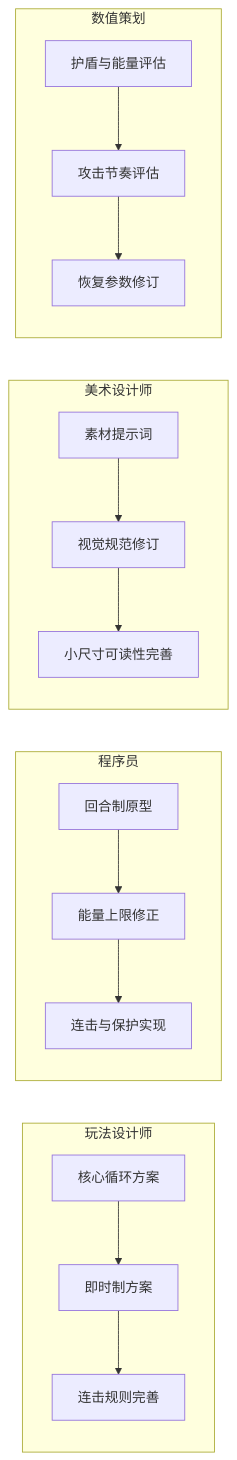
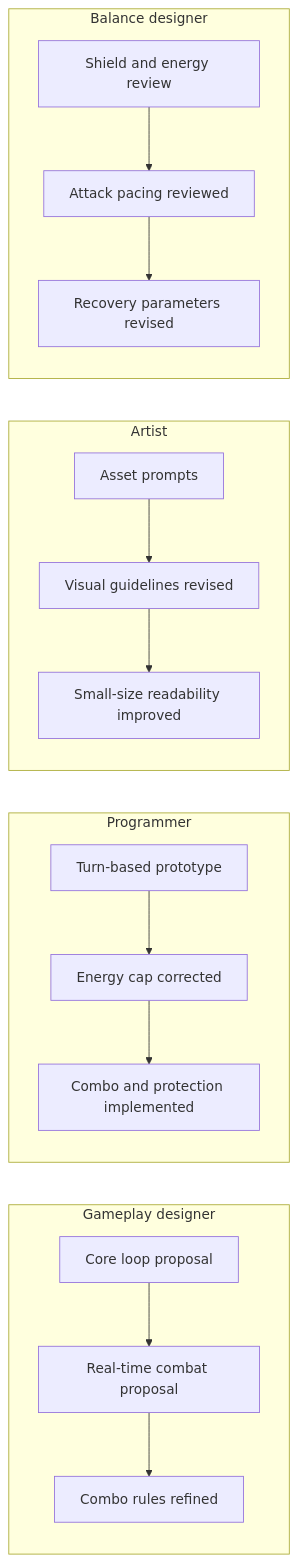
The first of 3 diagrams in README.md (jayhuangsci/HabitTracker), drawn with Mermaid before and after one commit. The commit also changed other lines of this file, not shown here.

````diff
--- a/README.md
+++ b/README.md
@@ -58,19 +60,19 @@
 ```mermaid
 flowchart LR
-    subgraph G["玩法设计师"]
+    subgraph G["Gameplay designer"]
         direction TB
-        G1["核心循环方案"] --> G2["即时制方案"] --> G3["连击规则完善"]
+        G1["Core loop proposal"] --> G2["Real-time combat proposal"] --> G3["Combo rules refined"]
     end
-    subgraph P["程序员"]
+    subgraph P["Programmer"]
         direction TB
-        P1["回合制原型"] --> P2["能量上限修正"] --> P3["连击与保护实现"]
+        P1["Turn-based prototype"] --> P2["Energy cap corrected"] --> P3["Combo and protection implemented"]
     end
-    subgraph A["美术设计师"]
+    subgraph A["Artist"]
         direction TB
-        A1["素材提示词"] --> A2["视觉规范修订"] --> A3["小尺寸可读性完善"]
+        A1["Asset prompts"] --> A2["Visual guidelines revised"] --> A3["Small-size readability improved"]
     end
-    subgraph B["数值策划"]
+    subgraph B["Balance designer"]
         direction TB
-        B1["护盾与能量评估"] --> B2["攻击节奏评估"] --> B3["恢复参数修订"]
+        B1["Shield and energy review"] --> B2["Attack pacing reviewed"] --> B3["Recovery parameters revised"]
     end
 ```
````
